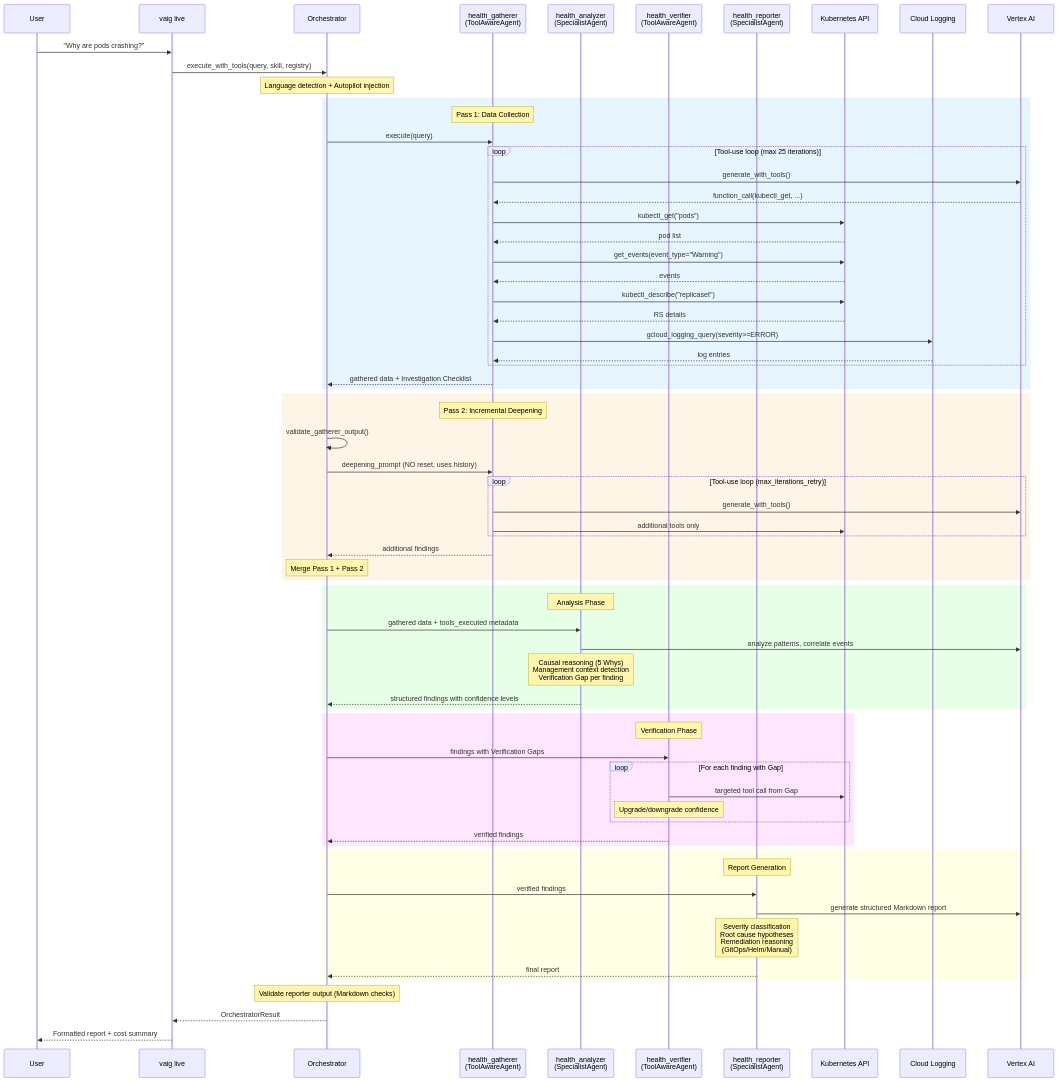
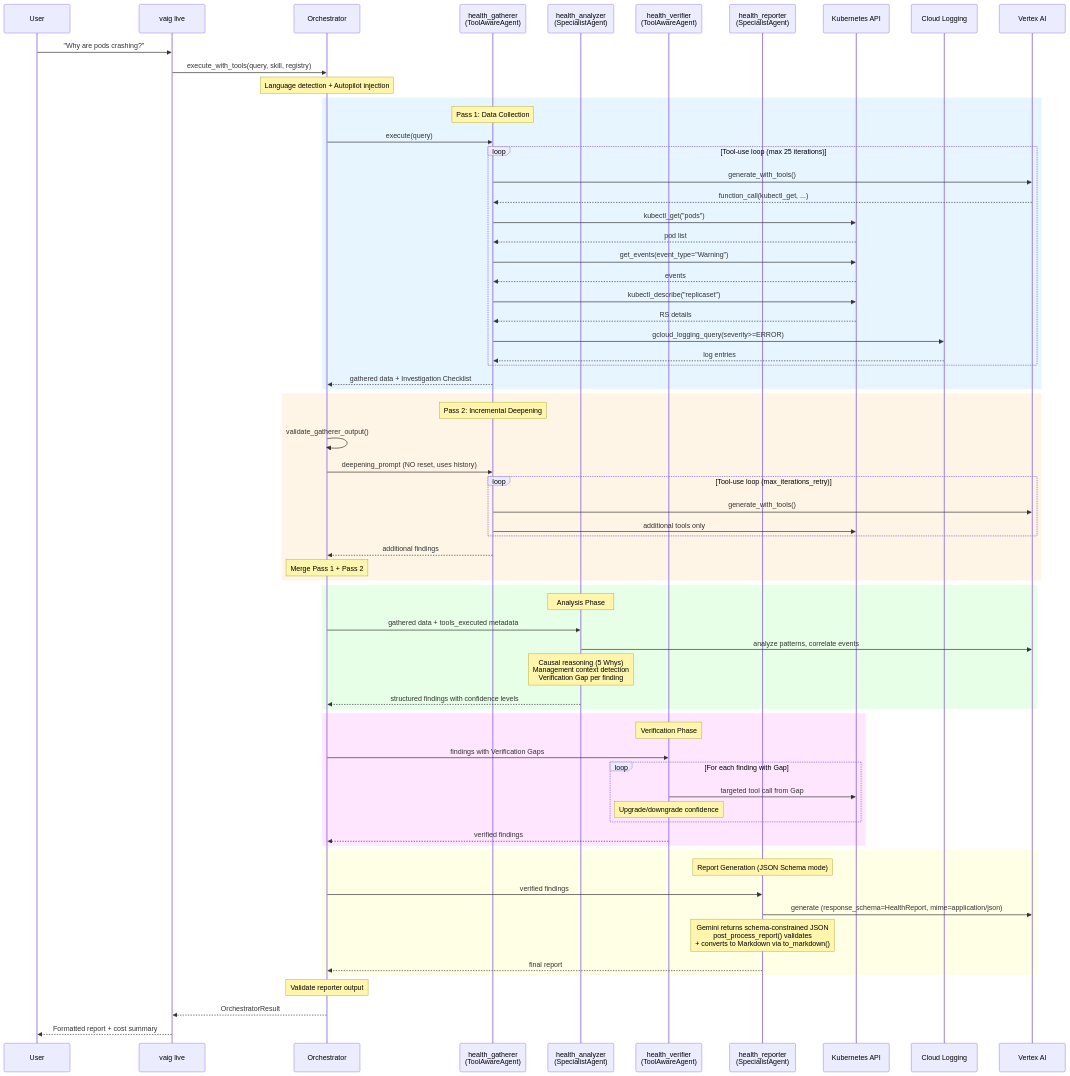
Before and after one commit to Isamel/vertex-ai-toolkit: the second of 6 diagrams in docs/architecture.md, drawn with Mermaid. The commit also changed 33 other files, not shown here.

First line of the commit message:
feat: defense-in-depth prompt security + structured output docs (#16)

````diff
--- a/docs/architecture.md
+++ b/docs/architecture.md
@@ -110,78 +110,78 @@
 ```mermaid
 sequenceDiagram
     participant User
     participant CLI as vaig live
     participant Orch as Orchestrator
     participant G as health_gatherer<br/>(ToolAwareAgent)
     participant A as health_analyzer<br/>(SpecialistAgent)
     participant V as health_verifier<br/>(ToolAwareAgent)
     participant R as health_reporter<br/>(SpecialistAgent)
     participant K8s as Kubernetes API
     participant CL as Cloud Logging
     participant Gemini as Vertex AI
 
     User->>CLI: "Why are pods crashing?"
     CLI->>Orch: execute_with_tools(query, skill, registry)
 
     Note over Orch: Language detection + Autopilot injection
 
     rect rgb(230, 245, 255)
         Note over G: Pass 1: Data Collection
         Orch->>G: execute(query)
         loop Tool-use loop (max 25 iterations)
             G->>Gemini: generate_with_tools()
             Gemini-->>G: function_call(kubectl_get, ...)
             G->>K8s: kubectl_get("pods")
             K8s-->>G: pod list
             G->>K8s: get_events(event_type="Warning")
             K8s-->>G: events
             G->>K8s: kubectl_describe("replicaset")
             K8s-->>G: RS details
             G->>CL: gcloud_logging_query(severity>=ERROR)
             CL-->>G: log entries
         end
         G-->>Orch: gathered data + Investigation Checklist
     end
 
     rect rgb(255, 245, 230)
         Note over G: Pass 2: Incremental Deepening
         Orch->>Orch: validate_gatherer_output()
         Orch->>G: deepening_prompt (NO reset, uses history)
         loop Tool-use loop (max_iterations_retry)
             G->>Gemini: generate_with_tools()
             G->>K8s: additional tools only
         end
         G-->>Orch: additional findings
         Note over Orch: Merge Pass 1 + Pass 2
     end
 
     rect rgb(230, 255, 230)
         Note over A: Analysis Phase
         Orch->>A: gathered data + tools_executed metadata
         A->>Gemini: analyze patterns, correlate events
         Note over A: Causal reasoning (5 Whys)<br/>Management context detection<br/>Verification Gap per finding
         A-->>Orch: structured findings with confidence levels
     end
 
     rect rgb(255, 230, 255)
         Note over V: Verification Phase
         Orch->>V: findings with Verification Gaps
         loop For each finding with Gap
             V->>K8s: targeted tool call from Gap
             Note over V: Upgrade/downgrade confidence
         end
         V-->>Orch: verified findings
     end
 
     rect rgb(255, 255, 230)
-        Note over R: Report Generation
+        Note over R: Report Generation (JSON Schema mode)
         Orch->>R: verified findings
-        R->>Gemini: generate structured Markdown report
-        Note over R: Severity classification<br/>Root cause hypotheses<br/>Remediation reasoning<br/>(GitOps/Helm/Manual)
+        R->>Gemini: generate (response_schema=HealthReport, mime=application/json)
+        Note over R: Gemini returns schema-constrained JSON<br/>post_process_report() validates<br/>+ converts to Markdown via to_markdown()
         R-->>Orch: final report
     end
 
-    Note over Orch: Validate reporter output (Markdown checks)
+    Note over Orch: Validate reporter output
     Orch-->>CLI: OrchestratorResult
     CLI-->>User: Formatted report + cost summary
 ```
````
